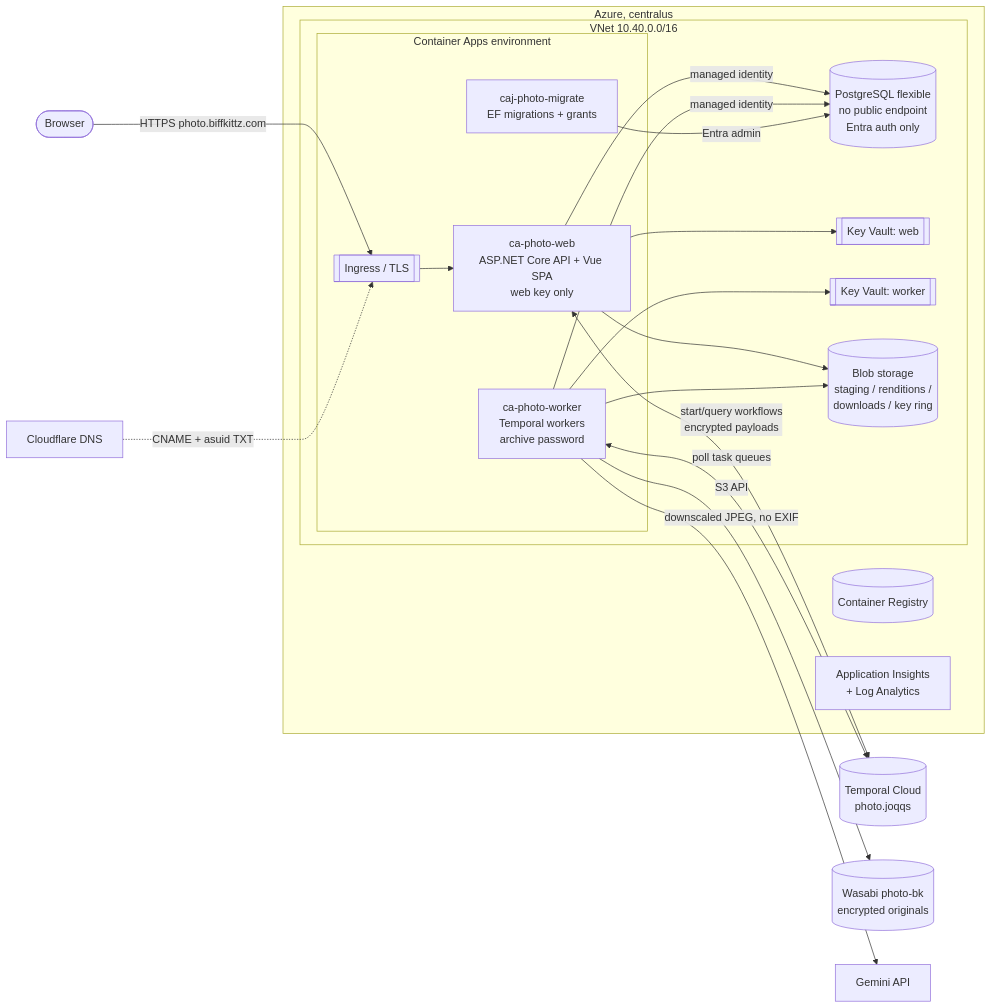
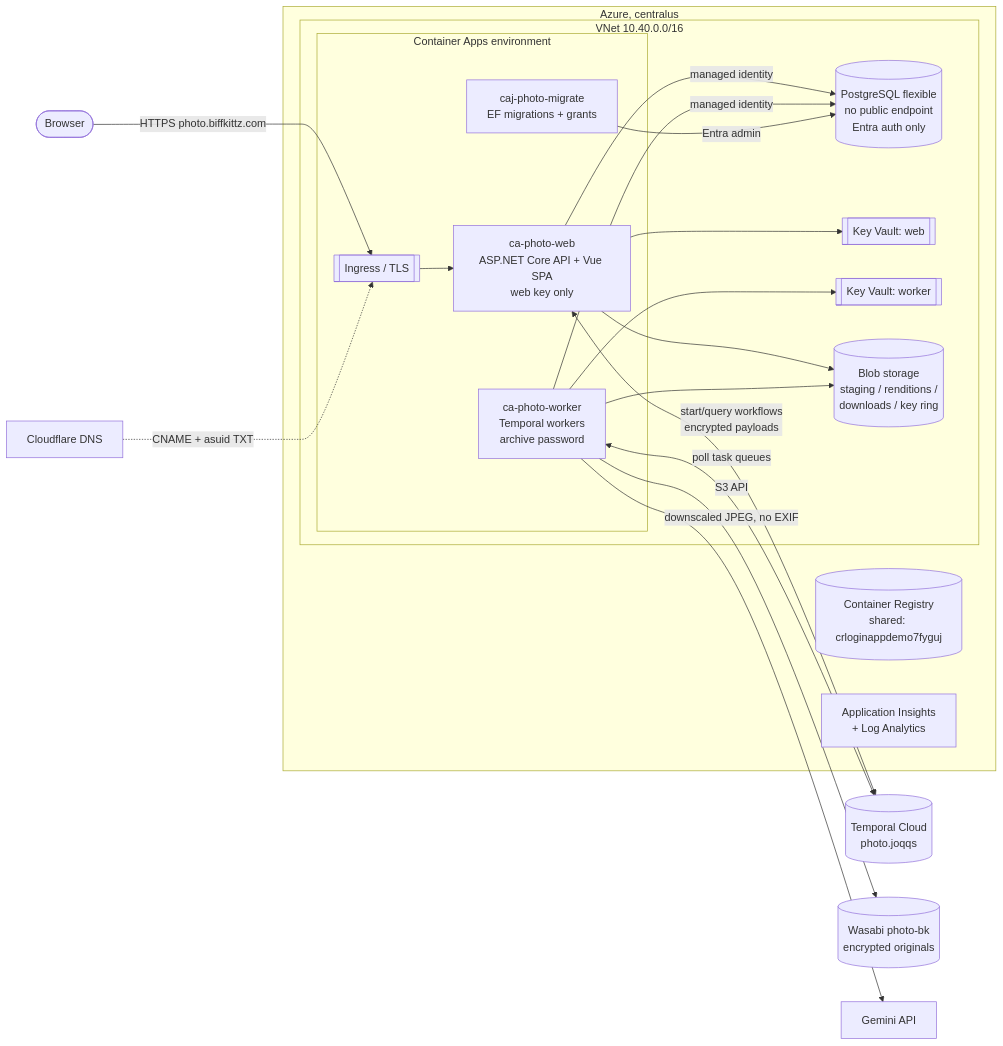
The first of 2 diagrams in docs/architecture.md (biffkittz/photo-manager), drawn with Mermaid before and after one commit. The commit also changed 18 other files, not shown here.

````diff
--- a/docs/architecture.md
+++ b/docs/architecture.md
@@ -10,33 +10,33 @@
 ```mermaid
 flowchart LR
   user([Browser]) -- HTTPS photo.biffkittz.com --> ingress
 
   subgraph azure[Azure, centralus]
     subgraph vnet[VNet 10.40.0.0/16]
       subgraph cae[Container Apps environment]
         ingress[[Ingress / TLS]] --> web[ca-photo-web<br/>ASP.NET Core API + Vue SPA<br/>web key only]
         worker[ca-photo-worker<br/>Temporal workers<br/>archive password]
         job[caj-photo-migrate<br/>EF migrations + grants]
       end
       pg[(PostgreSQL flexible<br/>no public endpoint<br/>Entra auth only)]
       kvw[[Key Vault: web]]
       kvk[[Key Vault: worker]]
       blob[(Blob storage<br/>staging / renditions /<br/>downloads / key ring)]
     end
-    acr[(Container Registry)]
+    acr[(Container Registry<br/>shared: crloginappdemo7fyguj)]
     appi[Application Insights<br/>+ Log Analytics]
   end
 
   web -->|managed identity| pg
   worker -->|managed identity| pg
   job -->|Entra admin| pg
   web --> kvw
   worker --> kvk
   web --> blob
   worker --> blob
   web <-->|start/query workflows<br/>encrypted payloads| temporal[(Temporal Cloud<br/>photo.joqqs)]
   worker <-->|poll task queues| temporal
   worker -->|S3 API| wasabi[(Wasabi photo-bk<br/>encrypted originals)]
   worker -->|downscaled JPEG, no EXIF| gemini[Gemini API]
   cloudflare[Cloudflare DNS] -. CNAME + asuid TXT .-> ingress
 ```
````
